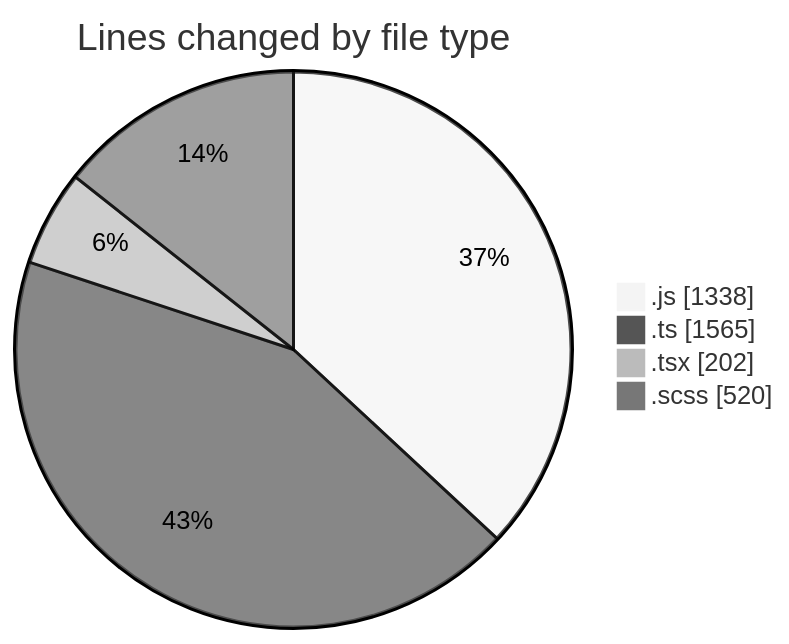
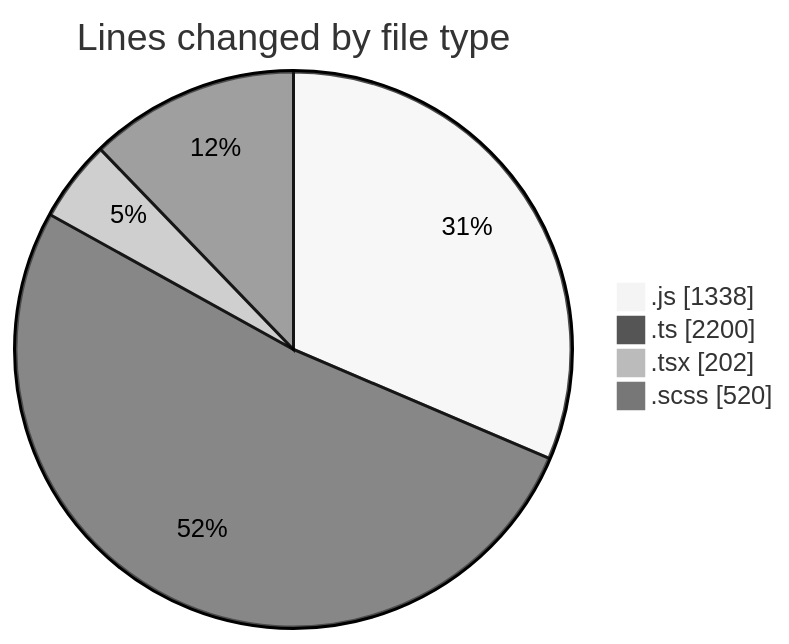
One commit to momahboobian/code-tracking changed the first of 2 diagrams in 2025-06-18/cda/README.md. Above: the diagram before and after it, drawn with Mermaid (neutral theme). The commit also changed other lines of this file and 1 other file, not shown here.

````diff
--- a/2025-06-18/cda/README.md
+++ b/2025-06-18/cda/README.md
@@ -40,8 +40,8 @@
 ```mermaid
 pie showData
 title Lines changed by file type
 ".js" : 1338
-".ts" : 1565
+".ts" : 2200
 ".tsx" : 202
 ".scss" : 520
 ```
````
